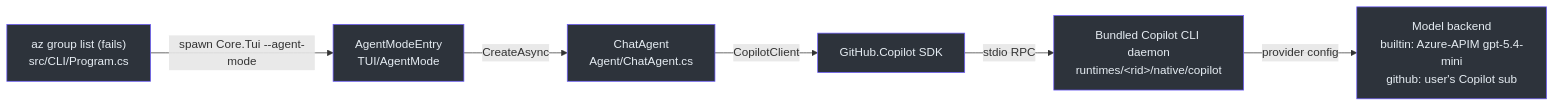
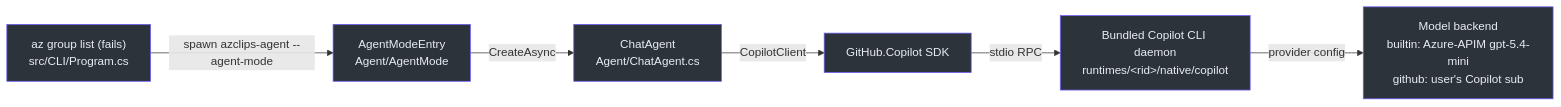
Before and after one commit to Azure/azclips: the first of 3 diagrams in wiki/02-deep-dive/ai-agent.md, drawn with Mermaid. The commit also changed other lines of this file and 19 other files, not shown here.

````diff
--- a/wiki/02-deep-dive/ai-agent.md
+++ b/wiki/02-deep-dive/ai-agent.md
@@ -58,15 +58,15 @@
 ```mermaid
 flowchart LR
-    CLI["az group list (fails)<br>src/CLI/Program.cs"] -->|spawn Core.Tui --agent-mode| Entry["AgentModeEntry<br>TUI/AgentMode"]
+    CLI["az group list (fails)<br>src/CLI/Program.cs"] -->|spawn azclips-agent --agent-mode| Entry["AgentModeEntry<br>Agent/AgentMode"]
     Entry -->|CreateAsync| CA["ChatAgent<br>Agent/ChatAgent.cs"]
     CA -->|CopilotClient| SDK["GitHub.Copilot SDK"]
     SDK -->|stdio RPC| Daemon["Bundled Copilot CLI daemon<br>runtimes/&lt;rid&gt;/native/copilot"]
     Daemon -->|provider config| Model["Model backend<br>builtin: Azure-APIM gpt-5.4-mini<br>github: user's Copilot sub"]
 
     style CLI fill:#2d333b,stroke:#6d5dfc,color:#e6edf3
     style Entry fill:#2d333b,stroke:#6d5dfc,color:#e6edf3
     style CA fill:#2d333b,stroke:#6d5dfc,color:#e6edf3
     style SDK fill:#2d333b,stroke:#6d5dfc,color:#e6edf3
     style Daemon fill:#2d333b,stroke:#6d5dfc,color:#e6edf3
     style Model fill:#2d333b,stroke:#6d5dfc,color:#e6edf3
 ```
````
